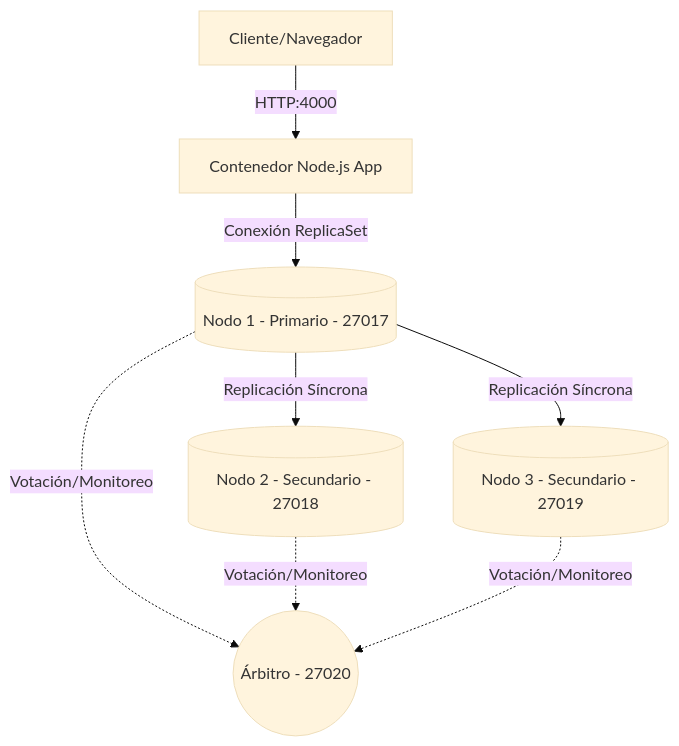
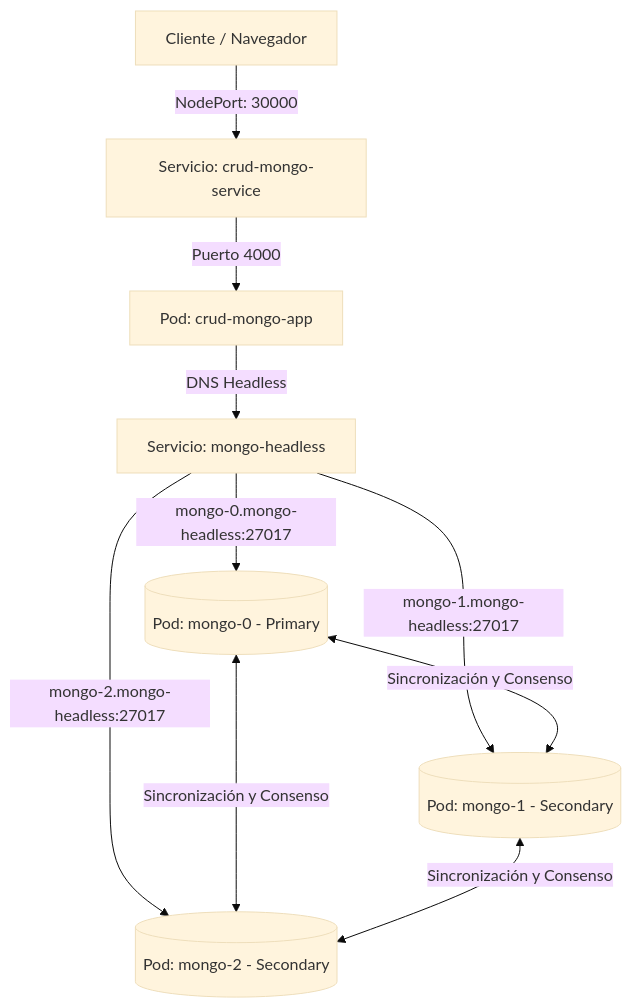
One commit to JohnSanchez0/crud-mongo-docker-kubernetes changed the diagram in README.md. Above: the diagram before and after it, drawn with Mermaid (base theme). The commit also changed other lines of this file and 12 other files, not shown here.

````diff
--- a/README.md
+++ b/README.md
@@ -56,10 +48,12 @@
 ```mermaid
 graph TD
-    Client[Cliente/Navegador] -->|HTTP:4000| App[Contenedor Node.js App]
-    App -->|Conexión ReplicaSet| Nodo1[(Nodo 1 - Primario - 27017)]
-    Nodo1 -->|Replicación Síncrona| Nodo2[(Nodo 2 - Secundario - 27018)]
-    Nodo1 -->|Replicación Síncrona| Nodo3[(Nodo 3 - Secundario - 27019)]
-    Nodo1 -.->|Votación/Monitoreo| Arb((Árbitro - 27020))
-    Nodo2 -.->|Votación/Monitoreo| Arb
-    Nodo3 -.->|Votación/Monitoreo| Arb
+    Client[Cliente / Navegador] -->|NodePort: 30000| ServiceApp[Servicio: crud-mongo-service]
+    ServiceApp -->|Puerto 4000| AppPod[Pod: crud-mongo-app]
+    AppPod -->|DNS Headless| Headless[Servicio: mongo-headless]
+    Headless -->|mongo-0.mongo-headless:27017| Pod0[(Pod: mongo-0 - Primary)]
+    Headless -->|mongo-1.mongo-headless:27017| Pod1[(Pod: mongo-1 - Secondary)]
+    Headless -->|mongo-2.mongo-headless:27017| Pod2[(Pod: mongo-2 - Secondary)]
+    Pod0 <-->|Sincronización y Consenso| Pod1
+    Pod0 <-->|Sincronización y Consenso| Pod2
+    Pod1 <-->|Sincronización y Consenso| Pod2
 ```
````
